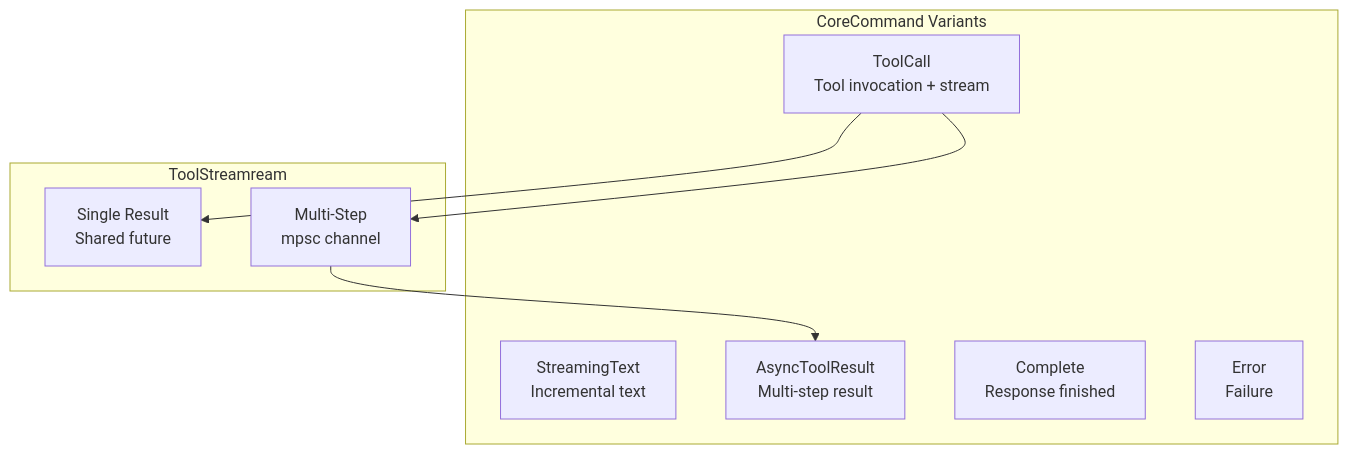
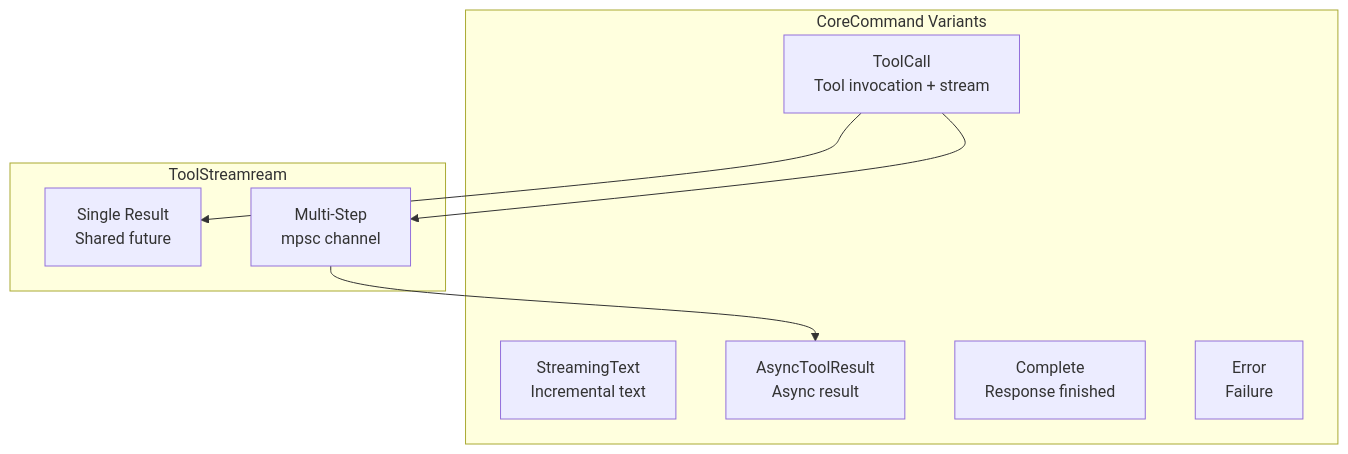
One commit to aomi-labs/product-mono changed the sixth of 7 diagrams in docs/architecture.md. Above: the diagram before and after it, drawn with Mermaid. The commit also changed other lines of this file and 30 other files, not shown here.

````diff
--- a/docs/architecture.md
+++ b/docs/architecture.md
@@ -311,19 +311,19 @@
 ```mermaid
 flowchart TD
     subgraph "CoreCommand Variants"
         ST[StreamingText<br/>Incremental text]
         TC[ToolCall<br/>Tool invocation + stream]
-        ATR[AsyncToolResult<br/>Multi-step result]
+        ATR[AsyncToolResult<br/>Async result]
         COMP[Complete<br/>Response finished]
         ERR[Error<br/>Failure]
     end
 
     subgraph "ToolStreamream"
         SINGLE[Single Result<br/>Shared future]
         MULTI[Multi-Step<br/>mpsc channel]
     end
 
     TC --> SINGLE
     TC --> MULTI
     MULTI --> ATR
 ```
````
